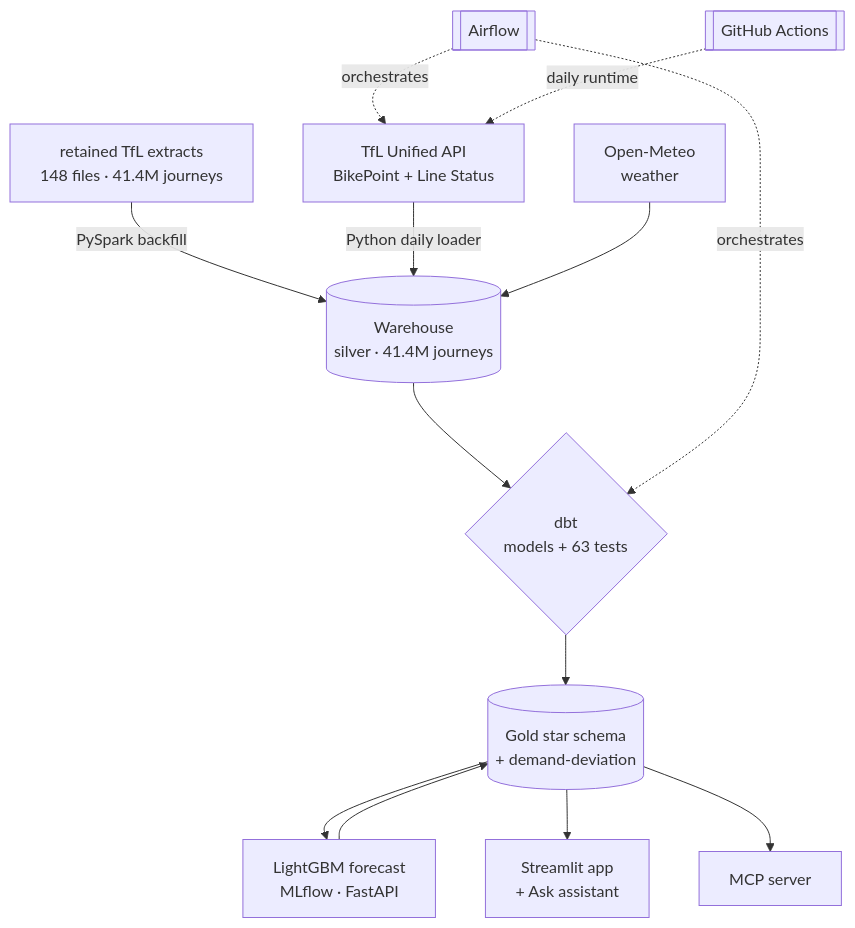
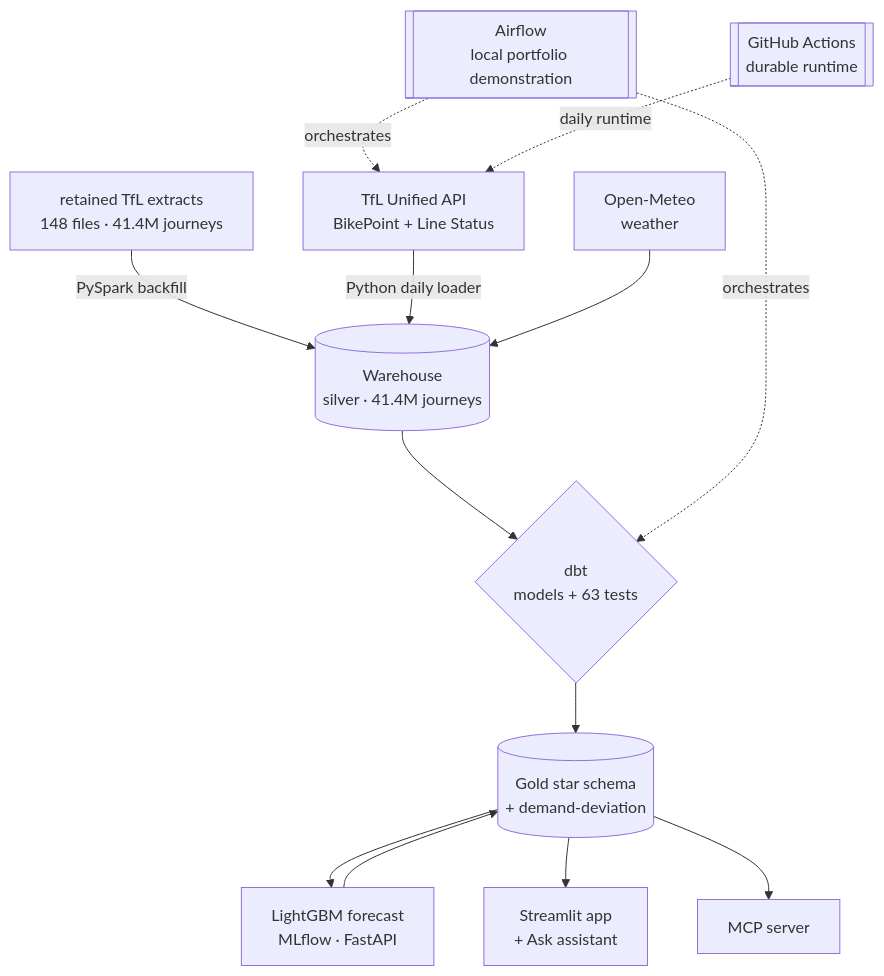
The diagram in README.md (rosscyking1115/tfl-data-engineering), drawn with Mermaid before and after one commit. The commit also changed other lines of this file and 37 other files, not shown here.

````diff
--- a/README.md
+++ b/README.md
@@ -88,15 +102,15 @@
 ```mermaid
 flowchart TD
     A[retained TfL extracts<br/>148 files · 41.4M journeys] -->|PySpark backfill| S[(Warehouse<br/>silver · 41.4M journeys)]
     API[TfL Unified API<br/>BikePoint + Line Status] -->|Python daily loader| S
     W[Open-Meteo<br/>weather] --> S
     S --> D{dbt<br/>models + 63 tests}
     D --> G[(Gold star schema<br/>+ demand-deviation)]
     G --> ML[LightGBM forecast<br/>MLflow · FastAPI]
     ML --> G
     G --> APP[Streamlit app<br/>+ Ask assistant]
     G --> MCP[MCP server]
-    AF[[Airflow]] -.orchestrates.-> API
+    AF[[Airflow<br/>local portfolio demonstration]] -.orchestrates.-> API
     AF -.orchestrates.-> D
-    GH[[GitHub Actions]] -.daily runtime.-> API
+    GH[[GitHub Actions<br/>durable runtime]] -.daily runtime.-> API
 ```
````
